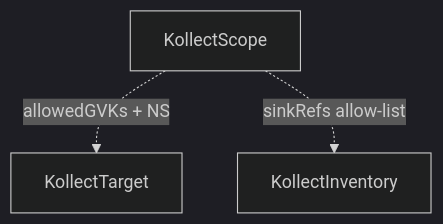
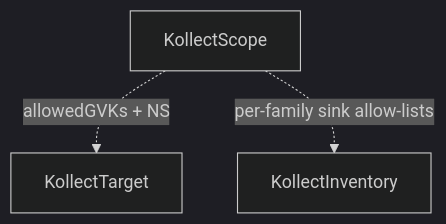
The diagram in docs/crds/kollectscope.md (PlatformRelay/Kollect), drawn with Mermaid (dark theme) before and after one commit. The commit also changed other lines of this file and 7 other files, not shown here.

First line of the commit message:
:bug: fix(docs): document the per-family sink allowlists, not the removed sinkRefs

````diff
--- a/docs/crds/kollectscope.md
+++ b/docs/crds/kollectscope.md
@@ -23,9 +23,9 @@
 ```mermaid
 flowchart TD
   Scope[KollectScope]
   Target[KollectTarget]
   Inv[KollectInventory]
 
   Scope -.->|allowedGVKs + NS| Target
-  Scope -.->|sinkRefs allow-list| Inv
+  Scope -.->|per-family sink allow-lists| Inv
 ```
````
